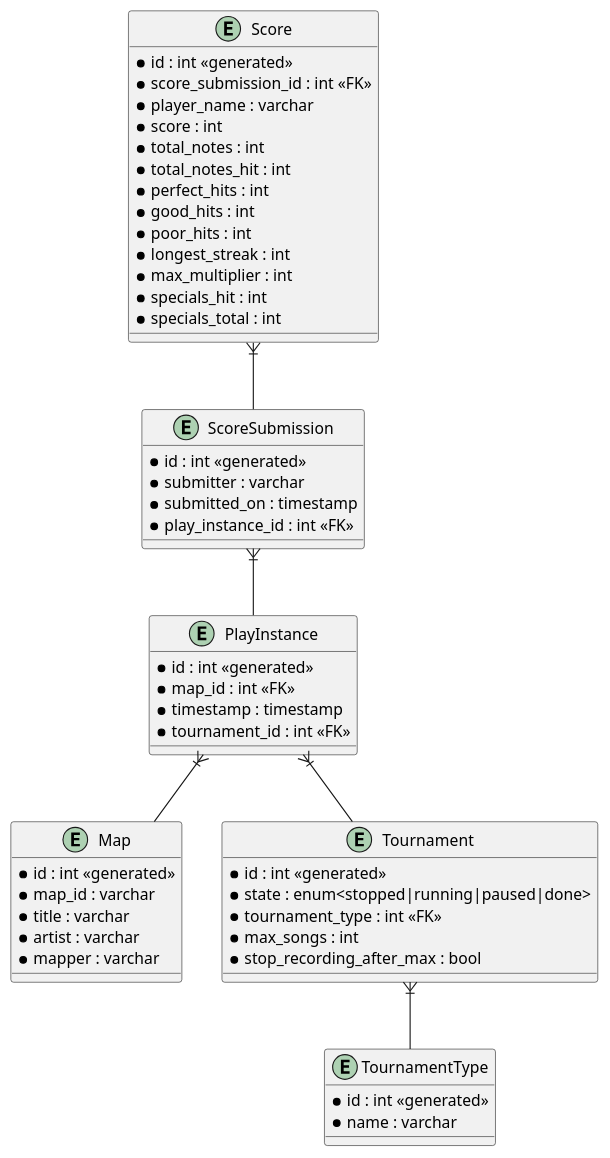
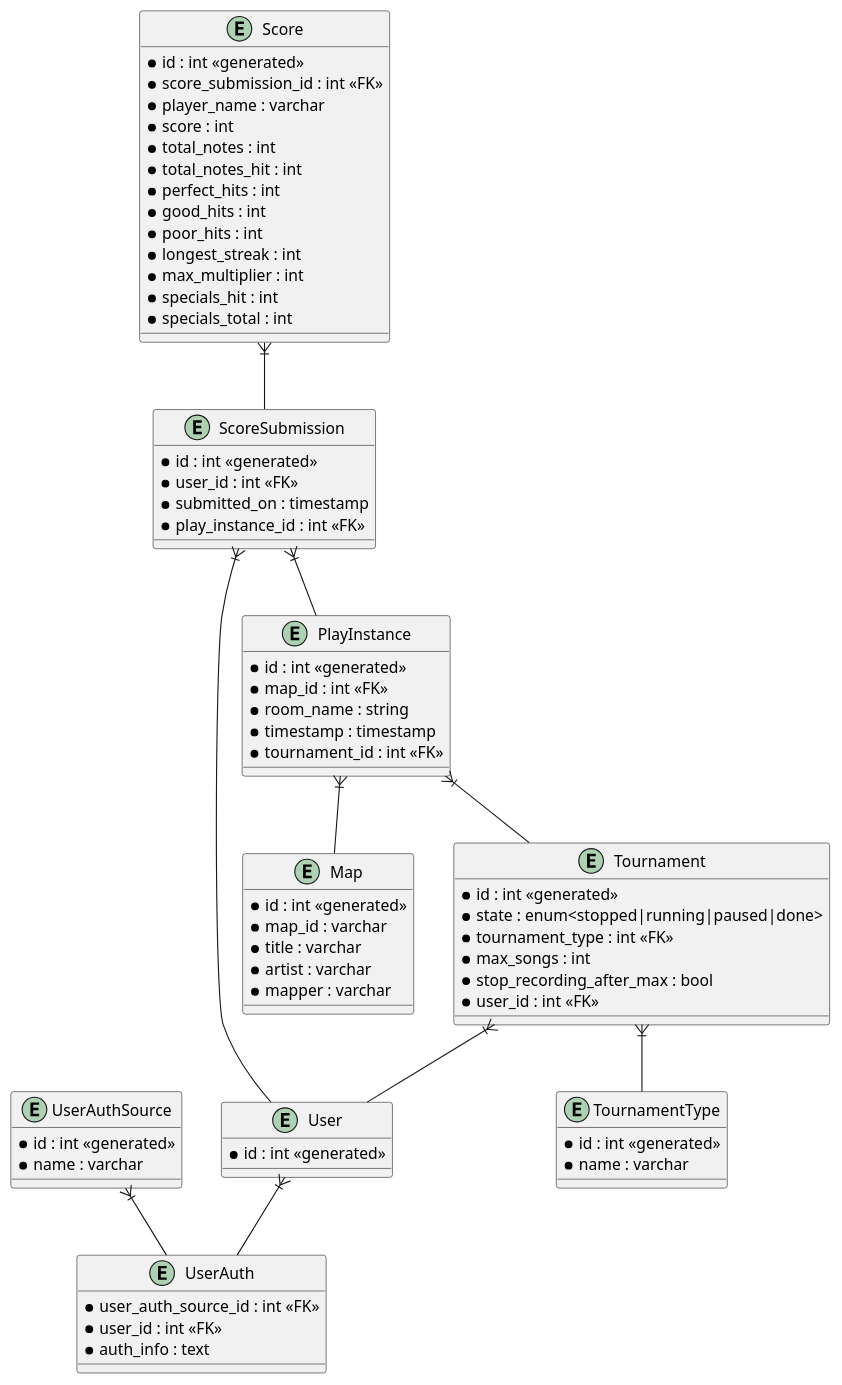
The first of 2 diagrams in docs/erd.puml (steglasaurous/synth-tourney), drawn with PlantUML before and after one commit. The commit also changed other lines of this file and 10 other files, not shown here.

```diff
--- a/docs/erd.puml
+++ b/docs/erd.puml
@@ -1,59 +1,81 @@
-@startuml
+@startuml Future state
+    entity User {
+        * id : int <<generated>>
+    }
+
+    entity UserAuth {
+        * user_auth_source_id : int <<FK>>
+        * user_id : int <<FK>>
+        * auth_info : text
+    }
+
+    entity UserAuthSource {
+        * id : int <<generated>>
+        * name : varchar
+    }
+
     entity Map {
         * id : int <<generated>>
         * map_id : varchar
         * title : varchar
         * artist : varchar
         * mapper : varchar
     }
 
     entity Tournament {
         * id : int <<generated>>
         * state : enum<stopped|running|paused|done>
         * tournament_type : int <<FK>>
         * max_songs : int
         * stop_recording_after_max : bool
+        * user_id : int <<FK>>
     }
 
     entity TournamentType {
         * id : int <<generated>>
         * name : varchar
     }
 
     entity PlayInstance {
         * id : int <<generated>>
         * map_id : int <<FK>>
+        * room_name : string
         * timestamp : timestamp
         * tournament_id : int <<FK>>
     }
 
     entity ScoreSubmission {
         * id : int <<generated>>
-        * submitter : varchar
+        * user_id : int <<FK>>
         * submitted_on : timestamp
         * play_instance_id : int <<FK>>
     }
 
     entity Score {
         * id : int <<generated>>
         * score_submission_id : int <<FK>>
         * player_name : varchar
         * score : int
         * total_notes : int
         * total_notes_hit : int
         * perfect_hits : int
         * good_hits : int
         * poor_hits : int
         * longest_streak : int
         * max_multiplier : int
         * specials_hit : int
         * specials_total : int
     }
 
+    UserAuthSource }|-- UserAuth
+    User }|-- UserAuth
+
     Score }|-- ScoreSubmission
     ScoreSubmission }|-- PlayInstance
+    ScoreSubmission }|-- User
     PlayInstance }|-- Map
     PlayInstance }|-- Tournament
     Tournament }|-- TournamentType
+    Tournament }|-- User
 
 @enduml
```
